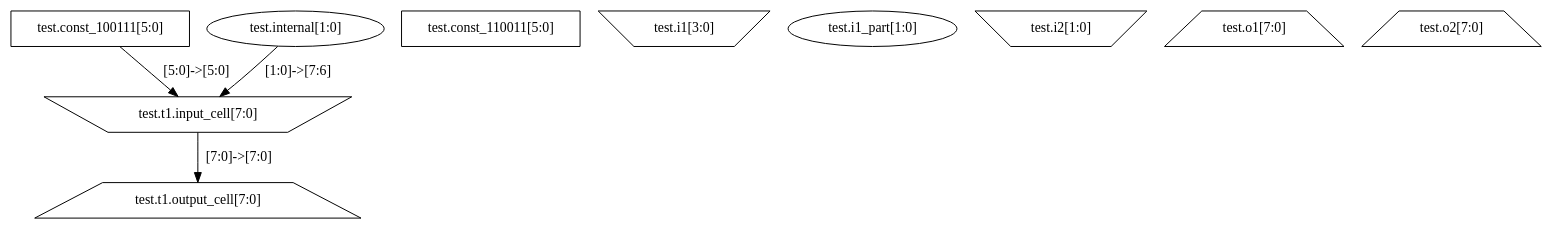
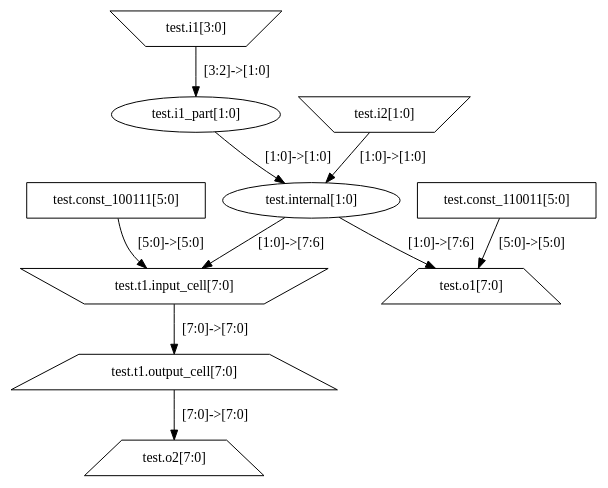
One commit to mit-ll/nemo changed the diagram in graphs/test.dot. Above: the diagram before and after it, drawn with Graphviz. The commit also changed 8 other files, not shown here.

```diff
--- a/graphs/test.dot
+++ b/graphs/test.dot
@@ -1,15 +1,21 @@
 digraph G {
 	"test.t1.input_cell" [shape=invtrapezium, label="test.t1.input_cell[7:0]"]; /* Input */
 	"test.const_100111" -> "test.t1.input_cell"[label="[5:0]->[5:0]"];
 	"test.internal" -> "test.t1.input_cell"[label="[1:0]->[7:6]"];
 	"test.t1.output_cell" [shape=trapezium, label="test.t1.output_cell[7:0]"]; /* Output */
 	"test.t1.input_cell" -> "test.t1.output_cell"[label="[7:0]->[7:0]"];
 	"test.const_110011" [shape=rectangle, label="test.const_110011[5:0]"]; /* Constant */
 	"test.const_100111" [shape=rectangle, label="test.const_100111[5:0]"]; /* Constant */
 	"test.i1" [shape=invtrapezium, label="test.i1[3:0]"]; /* Input */
 	"test.i1_part" [shape=ellipse, label="test.i1_part[1:0]"];
+	"test.i1" -> "test.i1_part"[label="[3:2]->[1:0]"];
 	"test.i2" [shape=invtrapezium, label="test.i2[1:0]"]; /* Input */
 	"test.internal" [shape=ellipse, label="test.internal[1:0]"];
+	"test.i1_part" -> "test.internal"[label="[1:0]->[1:0]"];
+	"test.i2" -> "test.internal"[label="[1:0]->[1:0]"];
 	"test.o1" [shape=trapezium, label="test.o1[7:0]"]; /* Output */
+	"test.const_110011" -> "test.o1"[label="[5:0]->[5:0]"];
+	"test.internal" -> "test.o1"[label="[1:0]->[7:6]"];
 	"test.o2" [shape=trapezium, label="test.o2[7:0]"]; /* Output */
+	"test.t1.output_cell" -> "test.o2"[label="[7:0]->[7:0]"];
 }
```
